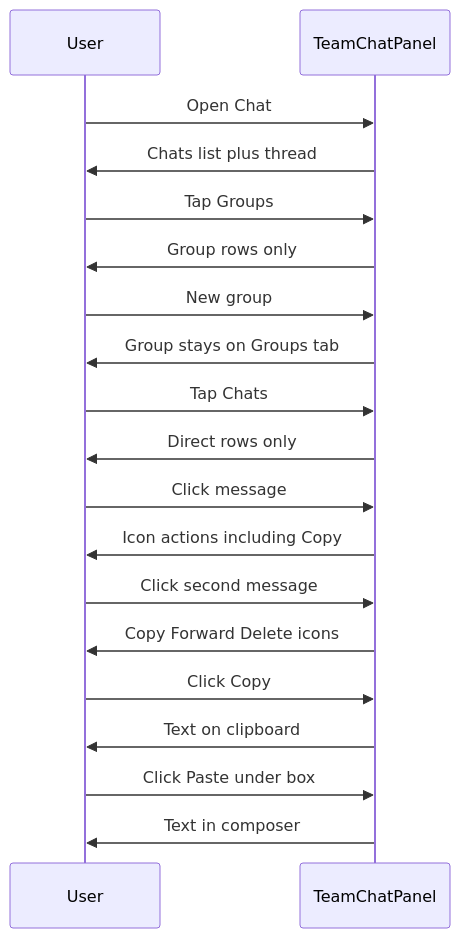
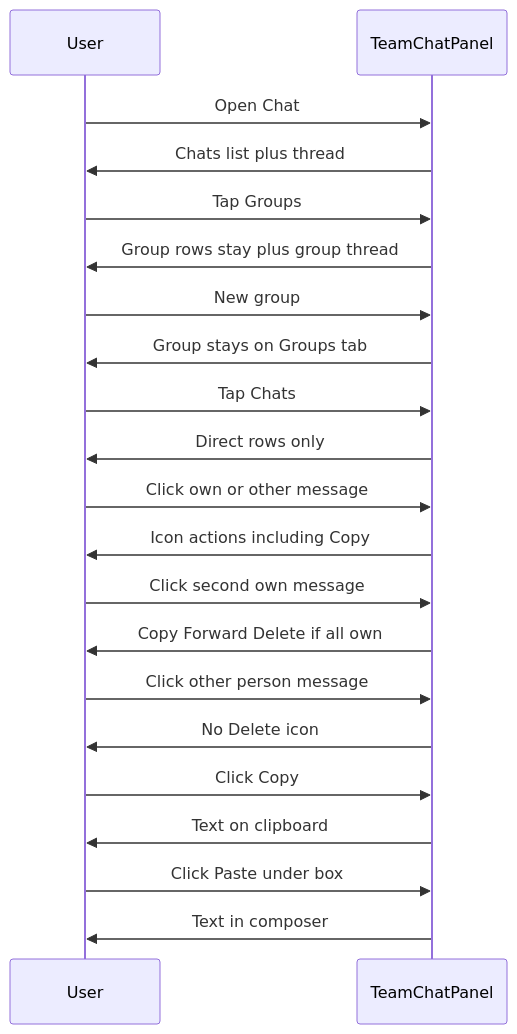
Before and after one commit to Mayur8291/Printing-Tracker: diagram 30 of 37 in docs/FLOWCHARTS.md, drawn with Mermaid. The commit also changed 12 other files, not shown here.

Commit message:
Fix chat links, own-only delete, and visible thread history.

````diff
--- a/docs/FLOWCHARTS.md
+++ b/docs/FLOWCHARTS.md
@@ -647,21 +647,23 @@
 ```mermaid
 sequenceDiagram
   participant User
   participant Panel as TeamChatPanel
   User->>Panel: Open Chat
   Panel->>User: Chats list plus thread
   User->>Panel: Tap Groups
-  Panel->>User: Group rows only
+  Panel->>User: Group rows stay plus group thread
   User->>Panel: New group
   Panel->>User: Group stays on Groups tab
   User->>Panel: Tap Chats
   Panel->>User: Direct rows only
-  User->>Panel: Click message
+  User->>Panel: Click own or other message
   Panel->>User: Icon actions including Copy
-  User->>Panel: Click second message
-  Panel->>User: Copy Forward Delete icons
+  User->>Panel: Click second own message
+  Panel->>User: Copy Forward Delete if all own
+  User->>Panel: Click other person message
+  Panel->>User: No Delete icon
   User->>Panel: Click Copy
   Panel->>User: Text on clipboard
   User->>Panel: Click Paste under box
   Panel->>User: Text in composer
 ```
````
